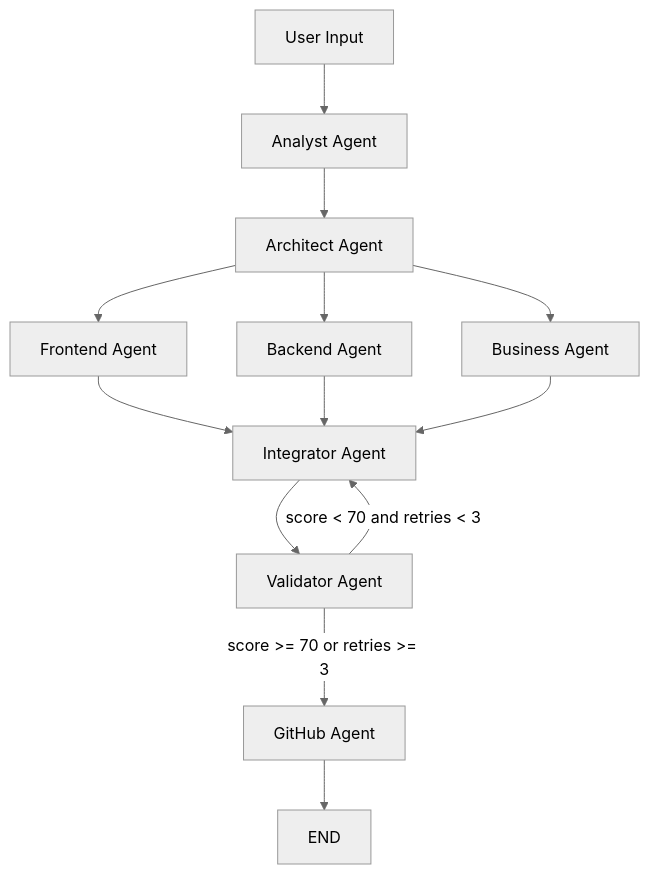
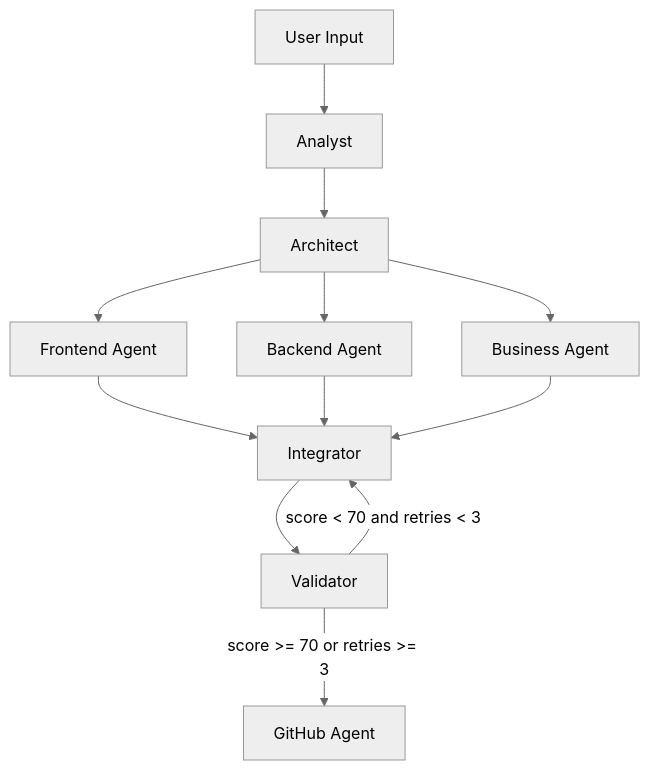
The diagram in README.md (talelboussetta/HackFarm), drawn with Mermaid (neutral theme) before and after one commit. The commit also changed other lines of this file, not shown here.

````diff
--- a/README.md
+++ b/README.md
@@ -106,15 +30,14 @@
 ```mermaid
 graph TD
-    A[User Input] --> B[Analyst Agent]
-    B --> C[Architect Agent]
+    A[User Input] --> B[Analyst]
+    B --> C[Architect]
     C --> D[Frontend Agent]
     C --> E[Backend Agent]
     C --> F[Business Agent]
-    D --> G[Integrator Agent]
+    D --> G[Integrator]
     E --> G
     F --> G
-    G --> H[Validator Agent]
+    G --> H[Validator]
     H -->|score >= 70 or retries >= 3| I[GitHub Agent]
     H -->|score < 70 and retries < 3| G
-    I --> J[END]
 ```
````
